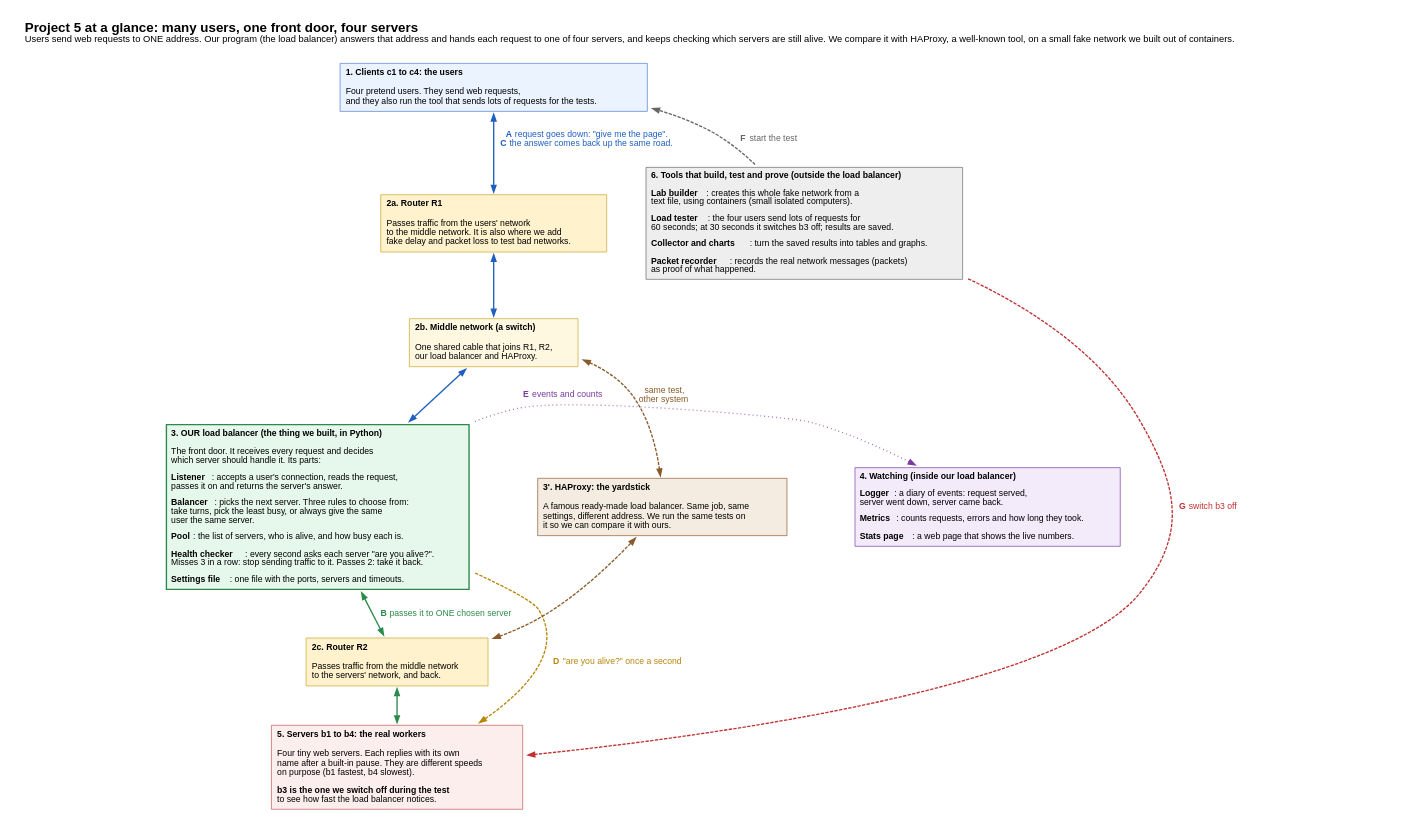
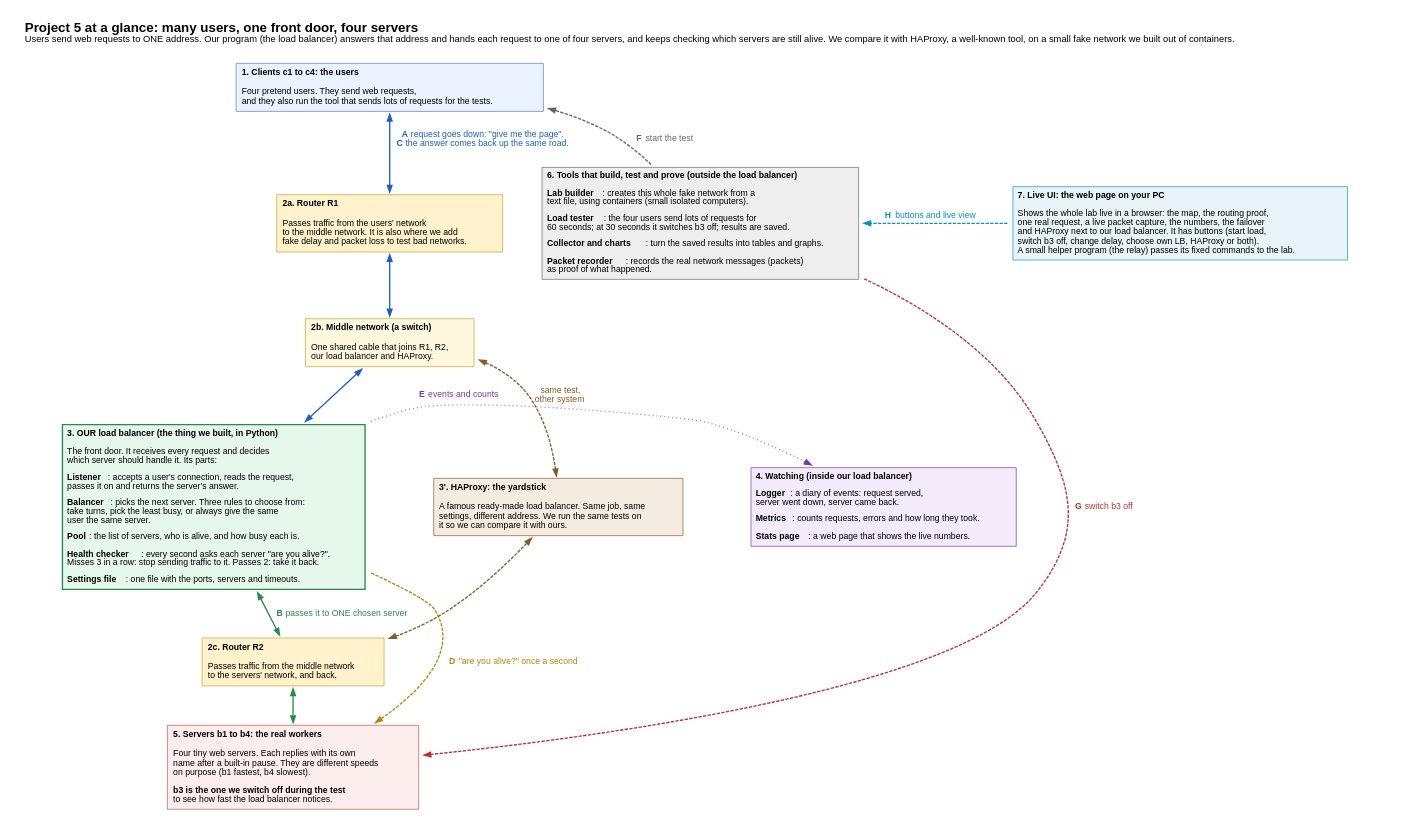
One commit to MuhammadTalhaAamir028/Software-Load-Balancer changed the diagram in docs/project_at_a_glance.dot. Above: the diagram before and after it, drawn with Graphviz. The commit also changed 6 other files, not shown here.

First line of the commit message:
docs: start-up flowchart and a refreshed project-at-a-glance picture

```diff
--- a/docs/project_at_a_glance.dot
+++ b/docs/project_at_a_glance.dot
@@ -1,97 +1,105 @@
 // Project at a glance: what every part is and what it does, in plain words. No numbers, no stats.
 // Render: dot -Tpng -Gdpi=110 docs/project_at_a_glance.dot -o docs/project_at_a_glance.png
 //         dot -Tsvg docs/project_at_a_glance.dot -o docs/project_at_a_glance.svg
 digraph glance {
   rankdir=TB; compound=true; newrank=true;
   nodesep=0.6; ranksep=0.7; pad=0.3;
   fontname="Helvetica"; fontsize=20; labelloc=t; labeljust=l;
   label=<<B>Project 5 at a glance: many users, one front door, four servers</B><BR ALIGN="LEFT"/><FONT POINT-SIZE="14">Users send web requests to ONE address. Our program (the load balancer) answers that address and hands each request to one of four servers, and keeps checking which servers are still alive. We compare it with HAProxy, a well-known tool, on a small fake network we built out of containers.</FONT><BR ALIGN="LEFT"/> >;
   node [fontname="Helvetica", fontsize=13, shape=plaintext];
   edge [fontname="Helvetica", fontsize=13, penwidth=2];
 
   // ---------------- 1. users ----------------
   clients [label=<
     <TABLE BORDER="1" CELLBORDER="0" CELLSPACING="0" CELLPADDING="7" BGCOLOR="#eaf3ff" COLOR="#4a7bd0">
       <TR><TD ALIGN="LEFT"><B>1. Clients c1 to c4: the users</B></TD></TR>
       <TR><TD ALIGN="LEFT">Four pretend users. They send web requests,<BR ALIGN="LEFT"/>and they also run the tool that sends lots of requests for the tests.<BR ALIGN="LEFT"/></TD></TR>
     </TABLE>>];
 
   // ---------------- 2. the network in the middle ----------------
   r1 [label=<
     <TABLE BORDER="1" CELLBORDER="0" CELLSPACING="0" CELLPADDING="7" BGCOLOR="#fff2cc" COLOR="#c9a227">
       <TR><TD ALIGN="LEFT"><B>2a. Router R1</B></TD></TR>
       <TR><TD ALIGN="LEFT">Passes traffic from the users' network<BR ALIGN="LEFT"/>to the middle network. It is also where we add<BR ALIGN="LEFT"/>fake delay and packet loss to test bad networks.<BR ALIGN="LEFT"/></TD></TR>
     </TABLE>>];
   bridge [label=<
     <TABLE BORDER="1" CELLBORDER="0" CELLSPACING="0" CELLPADDING="7" BGCOLOR="#fff8e1" COLOR="#c9a227">
       <TR><TD ALIGN="LEFT"><B>2b. Middle network (a switch)</B></TD></TR>
       <TR><TD ALIGN="LEFT">One shared cable that joins R1, R2,<BR ALIGN="LEFT"/>our load balancer and HAProxy.<BR ALIGN="LEFT"/></TD></TR>
     </TABLE>>];
   r2 [label=<
     <TABLE BORDER="1" CELLBORDER="0" CELLSPACING="0" CELLPADDING="7" BGCOLOR="#fff2cc" COLOR="#c9a227">
       <TR><TD ALIGN="LEFT"><B>2c. Router R2</B></TD></TR>
       <TR><TD ALIGN="LEFT">Passes traffic from the middle network<BR ALIGN="LEFT"/>to the servers' network, and back.<BR ALIGN="LEFT"/></TD></TR>
     </TABLE>>];
 
   // ---------------- 3. the two load balancers ----------------
   ownlb [label=<
     <TABLE BORDER="2" CELLBORDER="0" CELLSPACING="0" CELLPADDING="6" BGCOLOR="#e6f7ec" COLOR="#2a8a4a">
       <TR><TD ALIGN="LEFT"><B>3. OUR load balancer (the thing we built, in Python)</B></TD></TR>
       <TR><TD ALIGN="LEFT">The front door. It receives every request and decides<BR ALIGN="LEFT"/>which server should handle it. Its parts:<BR ALIGN="LEFT"/></TD></TR>
       <TR><TD ALIGN="LEFT"><B>Listener</B>: accepts a user's connection, reads the request,<BR ALIGN="LEFT"/>passes it on and returns the server's answer.<BR ALIGN="LEFT"/></TD></TR>
       <TR><TD ALIGN="LEFT"><B>Balancer</B>: picks the next server. Three rules to choose from:<BR ALIGN="LEFT"/>take turns, pick the least busy, or always give the same<BR ALIGN="LEFT"/>user the same server.<BR ALIGN="LEFT"/></TD></TR>
       <TR><TD ALIGN="LEFT"><B>Pool</B>: the list of servers, who is alive, and how busy each is.<BR ALIGN="LEFT"/></TD></TR>
       <TR><TD ALIGN="LEFT"><B>Health checker</B>: every second asks each server "are you alive?".<BR ALIGN="LEFT"/>Misses 3 in a row: stop sending traffic to it. Passes 2: take it back.<BR ALIGN="LEFT"/></TD></TR>
       <TR><TD ALIGN="LEFT"><B>Settings file</B>: one file with the ports, servers and timeouts.<BR ALIGN="LEFT"/></TD></TR>
     </TABLE>>];
   haproxy [label=<
     <TABLE BORDER="1" CELLBORDER="0" CELLSPACING="0" CELLPADDING="7" BGCOLOR="#f4ece0" COLOR="#8a5a2a">
       <TR><TD ALIGN="LEFT"><B>3'. HAProxy: the yardstick</B></TD></TR>
       <TR><TD ALIGN="LEFT">A famous ready-made load balancer. Same job, same<BR ALIGN="LEFT"/>settings, different address. We run the same tests on<BR ALIGN="LEFT"/>it so we can compare it with ours.<BR ALIGN="LEFT"/></TD></TR>
     </TABLE>>];
   watch [label=<
     <TABLE BORDER="1" CELLBORDER="0" CELLSPACING="0" CELLPADDING="6" BGCOLOR="#f3eafa" COLOR="#7a3aa0">
       <TR><TD ALIGN="LEFT"><B>4. Watching (inside our load balancer)</B></TD></TR>
       <TR><TD ALIGN="LEFT"><B>Logger</B>: a diary of events: request served,<BR ALIGN="LEFT"/>server went down, server came back.<BR ALIGN="LEFT"/></TD></TR>
       <TR><TD ALIGN="LEFT"><B>Metrics</B>: counts requests, errors and how long they took.<BR ALIGN="LEFT"/></TD></TR>
       <TR><TD ALIGN="LEFT"><B>Stats page</B>: a web page that shows the live numbers.<BR ALIGN="LEFT"/></TD></TR>
     </TABLE>>];
 
   // ---------------- 5. the servers ----------------
   servers [label=<
     <TABLE BORDER="1" CELLBORDER="0" CELLSPACING="0" CELLPADDING="7" BGCOLOR="#fdeeee" COLOR="#c05050">
       <TR><TD ALIGN="LEFT"><B>5. Servers b1 to b4: the real workers</B></TD></TR>
       <TR><TD ALIGN="LEFT">Four tiny web servers. Each replies with its own<BR ALIGN="LEFT"/>name after a built-in pause. They are different speeds<BR ALIGN="LEFT"/>on purpose (b1 fastest, b4 slowest).<BR ALIGN="LEFT"/></TD></TR>
       <TR><TD ALIGN="LEFT"><B>b3 is the one we switch off during the test</B><BR ALIGN="LEFT"/>to see how fast the load balancer notices.<BR ALIGN="LEFT"/></TD></TR>
     </TABLE>>];
 
   // ---------------- 6. tools that build and test ----------------
   tools [label=<
     <TABLE BORDER="1" CELLBORDER="0" CELLSPACING="0" CELLPADDING="6" BGCOLOR="#eeeeee" COLOR="#666666">
       <TR><TD ALIGN="LEFT"><B>6. Tools that build, test and prove (outside the load balancer)</B></TD></TR>
       <TR><TD ALIGN="LEFT"><B>Lab builder</B>: creates this whole fake network from a<BR ALIGN="LEFT"/>text file, using containers (small isolated computers).<BR ALIGN="LEFT"/></TD></TR>
       <TR><TD ALIGN="LEFT"><B>Load tester</B>: the four users send lots of requests for<BR ALIGN="LEFT"/>60 seconds; at 30 seconds it switches b3 off; results are saved.<BR ALIGN="LEFT"/></TD></TR>
       <TR><TD ALIGN="LEFT"><B>Collector and charts</B>: turn the saved results into tables and graphs.<BR ALIGN="LEFT"/></TD></TR>
       <TR><TD ALIGN="LEFT"><B>Packet recorder</B>: records the real network messages (packets)<BR ALIGN="LEFT"/>as proof of what happened.<BR ALIGN="LEFT"/></TD></TR>
     </TABLE>>];
 
+  // ---------------- 7. the live UI ----------------
+  ui [label=<
+    <TABLE BORDER="1" CELLBORDER="0" CELLSPACING="0" CELLPADDING="6" BGCOLOR="#e8f4f8" COLOR="#0593c6">
+      <TR><TD ALIGN="LEFT"><B>7. Live UI: the web page on your PC</B></TD></TR>
+      <TR><TD ALIGN="LEFT">Shows the whole lab live in a browser: the map, the routing proof,<BR ALIGN="LEFT"/>one real request, a live packet capture, the numbers, the failover<BR ALIGN="LEFT"/>and HAProxy next to our load balancer. It has buttons (start load,<BR ALIGN="LEFT"/>switch b3 off, change delay, choose own LB, HAProxy or both).<BR ALIGN="LEFT"/>A small helper program (the relay) passes its fixed commands to the lab.<BR ALIGN="LEFT"/></TD></TR>
+    </TABLE>>];
+
   // ---------------- arrows ----------------
+  ui -> tools [color="#0593c6", fontcolor="#0593c6", style=dashed, constraint=false, label=<  <B>H</B>  buttons and live view>];
   // The main road is two-way: the request goes down, the answer comes back up the same road.
   clients -> r1 [dir=both, color="#1f5fbf", fontcolor="#1f5fbf", label=<  <B>A</B>  request goes down: "give me the page".<BR/>  <B>C</B>  the answer comes back up the same road.>];
   r1 -> bridge [dir=both, color="#1f5fbf"];
   bridge -> ownlb [dir=both, color="#1f5fbf"];
   bridge -> haproxy [dir=both, color="#8a5a2a", style=dashed, fontcolor="#8a5a2a", label=<  same test,<BR/>  other system>];
   ownlb -> r2 [dir=both, color="#2a8a4a", fontcolor="#2a8a4a", label=<  <B>B</B>  passes it to ONE chosen server>];
   haproxy -> r2 [dir=both, color="#8a5a2a", style=dashed];
   r2 -> servers [dir=both, color="#2a8a4a"];
   ownlb -> watch [color="#7a3aa0", fontcolor="#7a3aa0", style=dotted, label=<  <B>E</B>  events and counts>];
   tools -> clients [color="#666666", fontcolor="#666666", style=dashed, constraint=false, label=<  <B>F</B>  start the test>];
   tools -> servers [color="#c03030", fontcolor="#c03030", style=dashed, constraint=false, label=<  <B>G</B>  switch b3 off>];
   ownlb -> servers [color="#b8860b", fontcolor="#b8860b", style=dashed, constraint=false, label=<  <B>D</B>  "are you alive?" once a second>];
 
   // ---------------- layout hints ----------------
   {rank=same; ownlb; haproxy; watch;}
-  {rank=same; r1; tools;}
+  {rank=same; r1; tools; ui;}
   ownlb -> haproxy [style=invis];
   haproxy -> watch [style=invis];
 }
```
